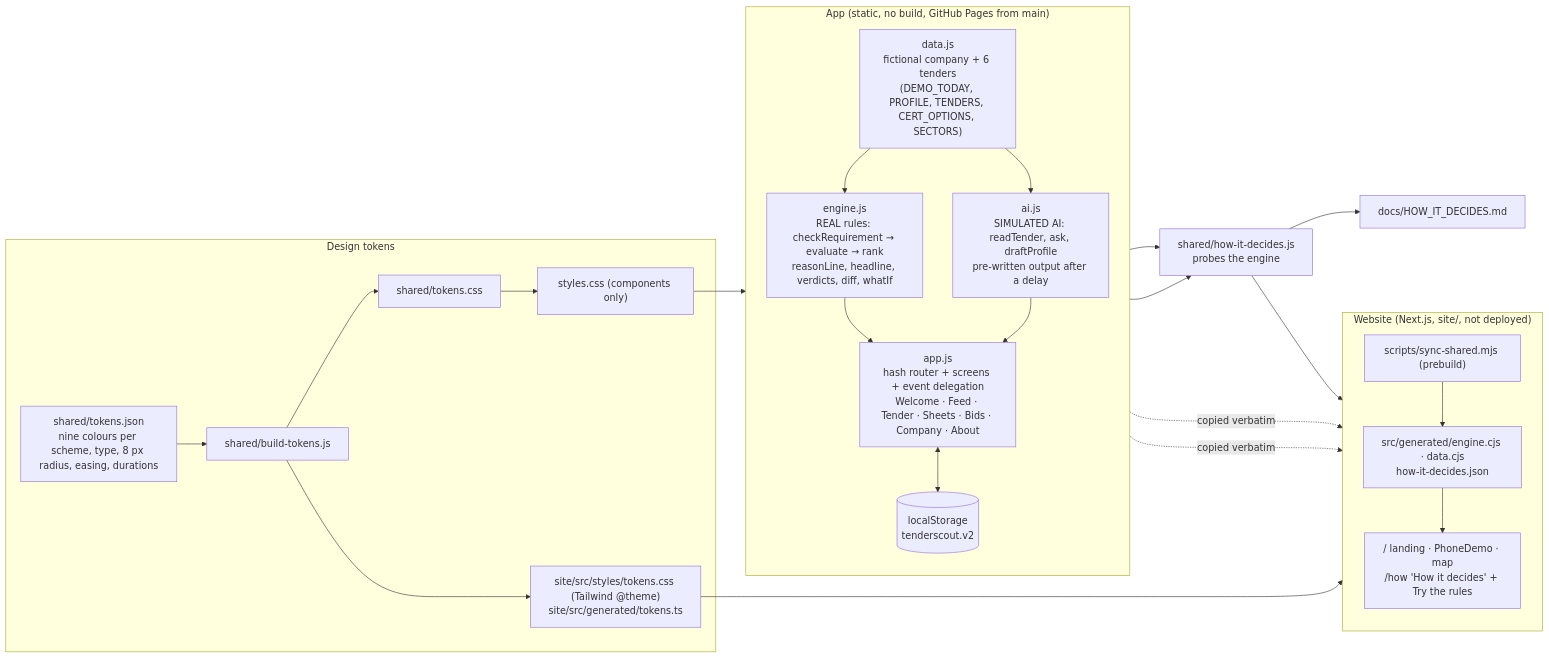
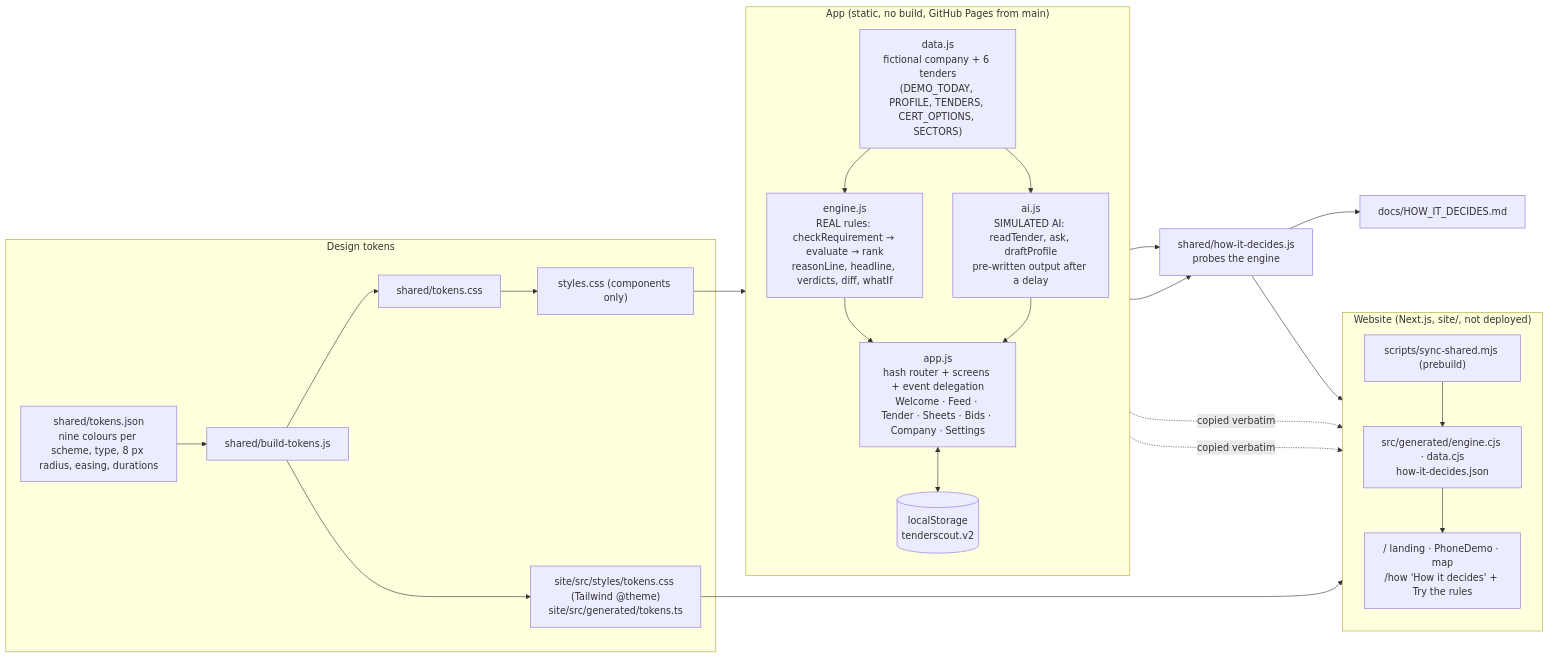
The diagram in ARCHITECTURE.md (pioche8/ESCP-2627DT-C1), drawn with Mermaid before and after one commit. The commit also changed other lines of this file and 12 other files, not shown here.

First line of the commit message:
Settings tab: About becomes the fourth tab

````diff
--- a/ARCHITECTURE.md
+++ b/ARCHITECTURE.md
@@ -9,36 +9,36 @@
 ```mermaid
 flowchart LR
   subgraph app["App (static, no build, GitHub Pages from main)"]
     direction TB
     data["data.js<br/>fictional company + 6 tenders<br/>(DEMO_TODAY, PROFILE, TENDERS, CERT_OPTIONS, SECTORS)"]
     engine["engine.js<br/>REAL rules: checkRequirement → evaluate → rank<br/>reasonLine, headline, verdicts, diff, whatIf"]
     ai["ai.js<br/>SIMULATED AI: readTender, ask, draftProfile<br/>pre-written output after a delay"]
-    appjs["app.js<br/>hash router + screens + event delegation<br/>Welcome · Feed · Tender · Sheets · Bids · Company · About"]
+    appjs["app.js<br/>hash router + screens + event delegation<br/>Welcome · Feed · Tender · Sheets · Bids · Company · Settings"]
     store[("localStorage<br/>tenderscout.v2")]
     data --> engine --> appjs
     data --> ai --> appjs
     appjs <--> store
   end
   subgraph tokens["Design tokens"]
     tj["shared/tokens.json<br/>nine colours per scheme, type, 8 px radius, easing, durations"]
     bt["shared/build-tokens.js"]
     tcss["shared/tokens.css"]
     scss["site/src/styles/tokens.css (Tailwind @theme)<br/>site/src/generated/tokens.ts"]
     tj --> bt --> tcss & scss
     tcss --> styles["styles.css (components only)"] --> appjs
   end
   subgraph site["Website (Next.js, site/, not deployed)"]
     direction TB
     sync["scripts/sync-shared.mjs (prebuild)"]
     gen["src/generated/engine.cjs · data.cjs<br/>how-it-decides.json"]
     pages["/ landing · PhoneDemo · map<br/>/how 'How it decides' + Try the rules"]
     sync --> gen --> pages
     scss --> pages
   end
   engine -. copied verbatim .-> gen
   data -. copied verbatim .-> gen
   how["shared/how-it-decides.js<br/>probes the engine"] --> gen
   how --> hdoc["docs/HOW_IT_DECIDES.md"]
   engine --> how
   data --> how
 ```
````
